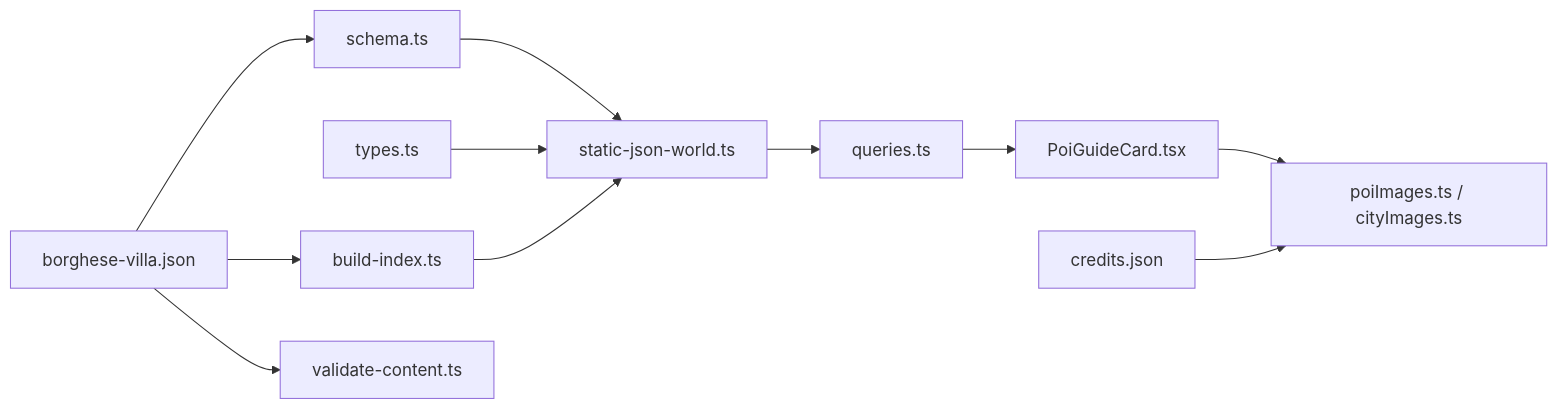
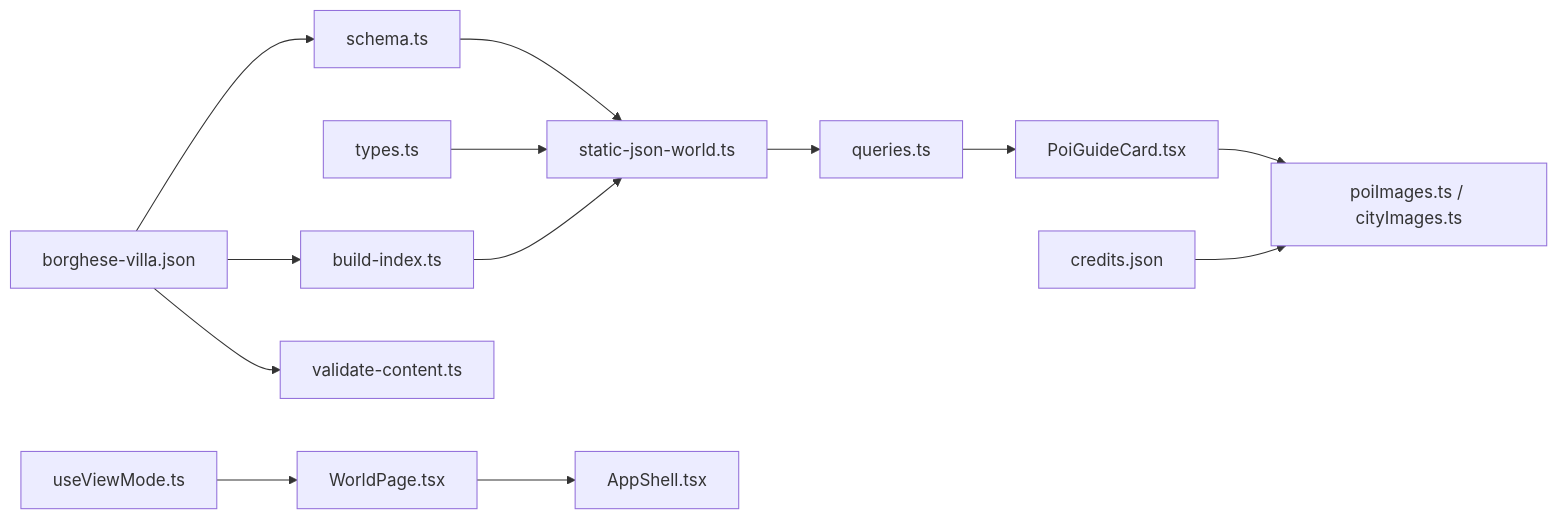
Before and after one commit to huangyilu/wanwuyishi: the seventh of 7 diagrams in .qoder/repowiki/zh/content/核心功能模块/世界库浏览模块/世界库浏览模块.md, drawn with Mermaid. The commit also changed other lines of this file and 103 other files, not shown here.

````diff
--- a/.qoder/repowiki/zh/content/核心功能模块/世界库浏览模块/世界库浏览模块.md
+++ b/.qoder/repowiki/zh/content/核心功能模块/世界库浏览模块/世界库浏览模块.md
@@ -360,13 +439,15 @@
 ```mermaid
 graph LR
 Schema["schema.ts"] --> Adapter["static-json-world.ts"]
 Types["types.ts"] --> Adapter
 Adapter --> Queries["queries.ts"]
 Queries --> Card["PoiGuideCard.tsx"]
 Card --> Images["poiImages.ts / cityImages.ts"]
 Build["build-index.ts"] --> Adapter
 Borghese["borghese-villa.json"] --> Schema
 Borghese --> Build
 Borghese --> Validate["validate-content.ts"]
 Credits["credits.json"] --> Images
+VM["useViewMode.ts"] --> WP["WorldPage.tsx"]
+WP --> AS["AppShell.tsx"]
 ```
````
